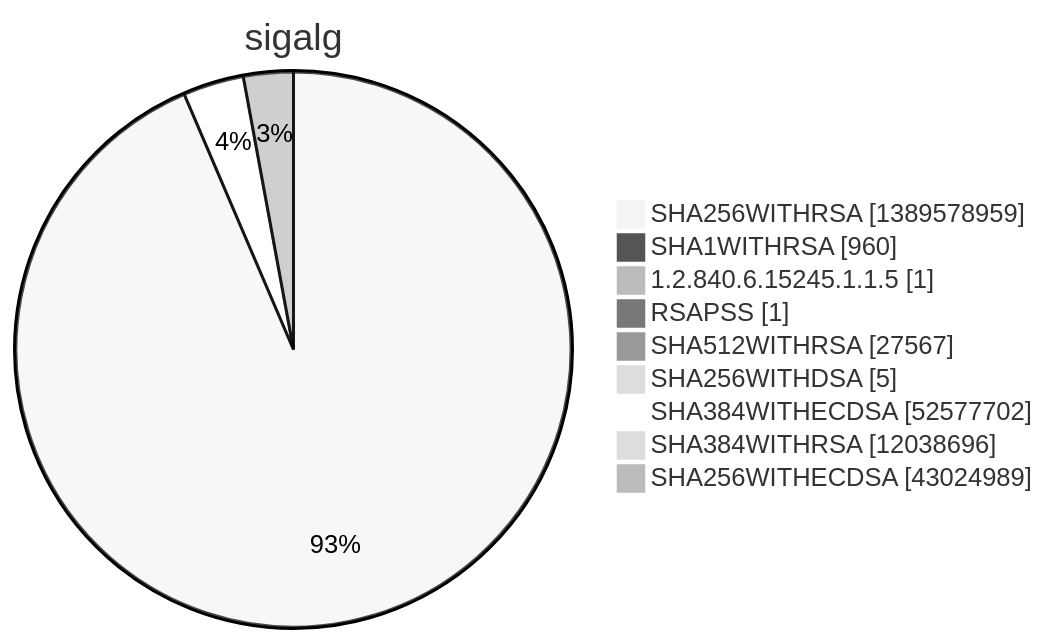
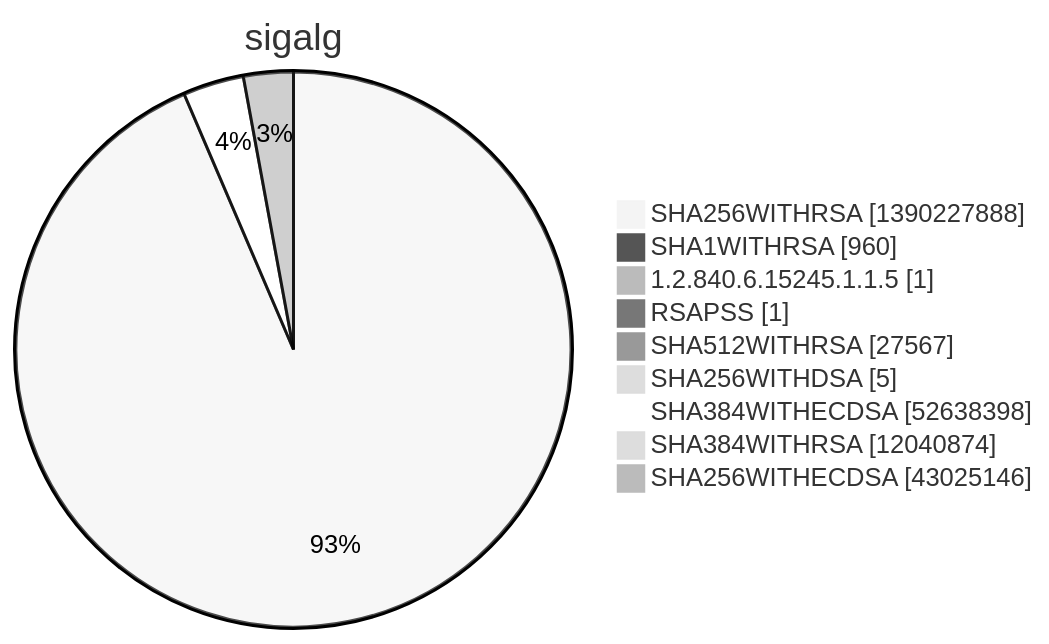
Before and after one commit to christiankrug/ctmonitor_visualization: diagram 15 of 15 in argon2022/README.md, drawn with Mermaid (neutral theme). The commit also changed other lines of this file, not shown here.

````diff
--- a/argon2022/README.md
+++ b/argon2022/README.md
@@ -5524,13 +5524,13 @@
 ```mermaid
 pie showData
 title sigalg
-"SHA256WITHRSA" :1389578959
+"SHA256WITHRSA" :1390227888
 "SHA1WITHRSA" :960
 "1.2.840.6.15245.1.1.5" :1
 "RSAPSS" :1
 "SHA512WITHRSA" :27567
 "SHA256WITHDSA" :5
-"SHA384WITHECDSA" :52577702
-"SHA384WITHRSA" :12038696
-"SHA256WITHECDSA" :43024989
+"SHA384WITHECDSA" :52638398
+"SHA384WITHRSA" :12040874
+"SHA256WITHECDSA" :43025146
 ```
````
